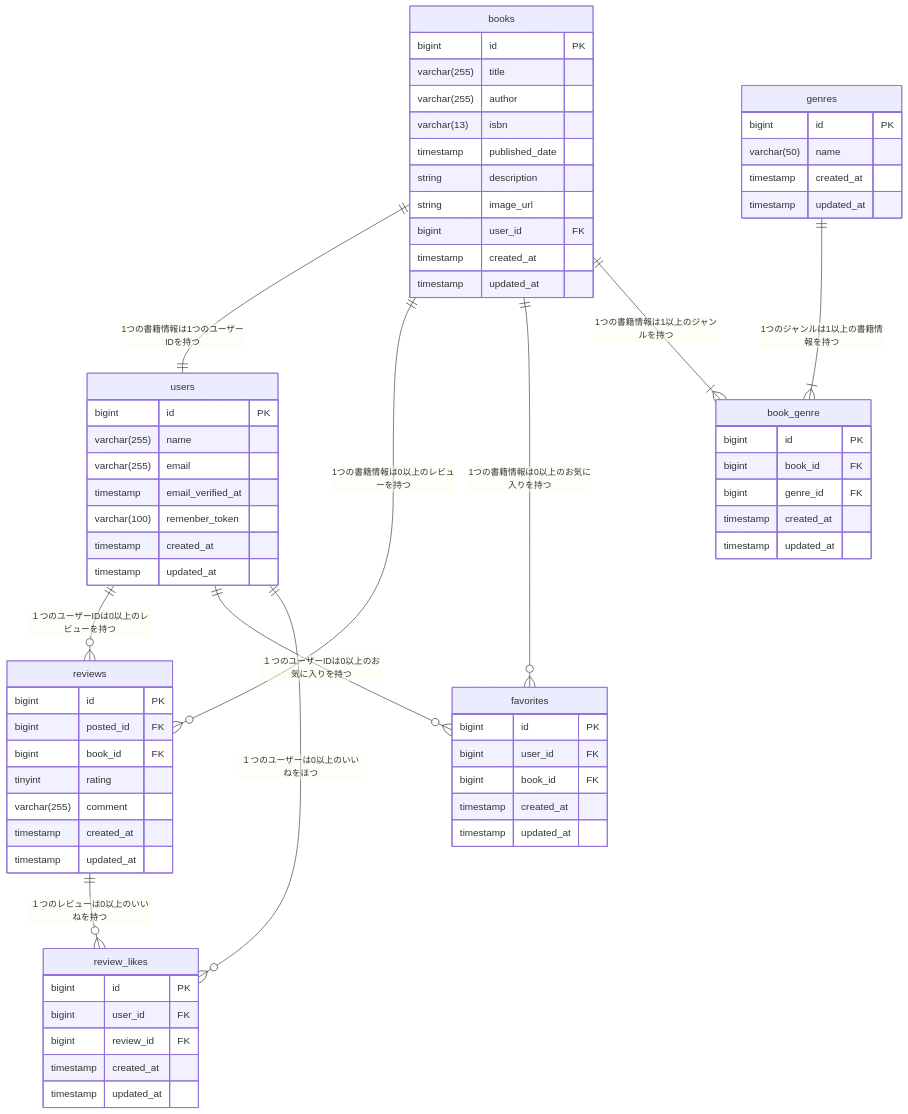
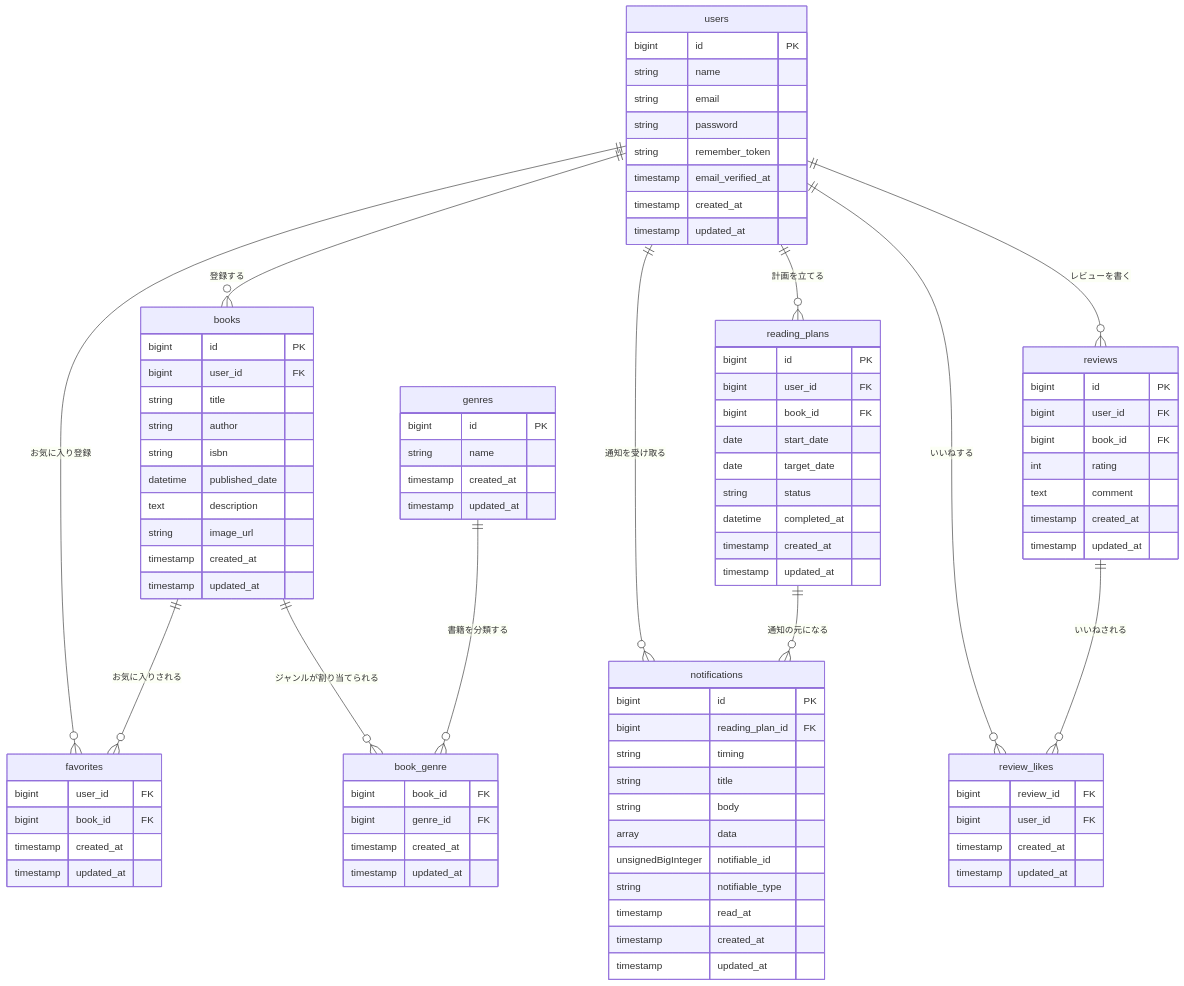
One commit to fm5889rx/BookShelf-app changed the diagram in README.md. Above: the diagram before and after it, drawn with Mermaid. The commit also changed other lines of this file and 128 other files, not shown here.

````diff
--- a/README.md
+++ b/README.md
@@ -105,77 +139,110 @@
 ```mermaid
 erDiagram
-  books ||--|| users : "1つの書籍情報は1つのユーザーIDを持つ"
-  books ||--o{ reviews : "1つの書籍情報は0以上のレビューを持つ"
-  books ||--o{ favorites : "1つの書籍情報は0以上のお気に入りを持つ"
-  books ||--|{ book_genre : "1つの書籍情報は1以上のジャンルを持つ"
-  genres ||--|{ book_genre : "1つのジャンルは1以上の書籍情報を持つ"
-  users ||--o{ reviews : "１つのユーザーIDは0以上のレビューを持つ"
-  users ||--o{ favorites : "１つのユーザーIDは0以上のお気に入りを持つ"
-  users ||--o{ review_likes : "１つのユーザーは0以上のいいねをほつ"
-  reviews ||--o{ review_likes : "１つのレビューは0以上のいいねを持つ"
+    users ||--o{ books : "登録する"
+    users ||--o{ reading_plans : "計画を立てる"
+    users ||--o{ reviews : "レビューを書く"
+    users ||--o{ notifications : "通知を受け取る"
+    reading_plans ||--o{ notifications : "通知の元になる"
 
-  users {
-    bigint          id                  PK
-    varchar(255)    name
-    varchar(255)    email
-    timestamp       email_verified_at
-    varchar(100)    remenber_token
-    timestamp       created_at
-    timestamp       updated_at
-  }
+    %% 中間テーブル favorites のリンク接続
+    users ||--o{ favorites : "お気に入り登録"
+    books ||--o{ favorites : "お気に入りされる"
 
-  books {
-    bigint          id                  PK
-    varchar(255)    title
-    varchar(255)    author
-    varchar(13)     isbn
-    timestamp       published_date
-    string          description
-    string          image_url
-    bigint          user_id             FK
-    timestamp       created_at
-    timestamp       updated_at
-  }
+    %% 中間テーブル review_likes のリンク接続
+    users ||--o{ review_likes : "いいねする"
+    reviews ||--o{ review_likes : "いいねされる"
 
-  genres {
-    bigint          id                  PK
-    varchar(50)     name
-    timestamp       created_at
-    timestamp       updated_at
-  }
+    %% 中間テーブル book_genre のリンク接続
+    books ||--o{ book_genre : "ジャンルが割り当てられる"
+    genres ||--o{ book_genre : "書籍を分類する"
 
-  reviews {
-    bigint          id                  PK
-    bigint          posted_id           FK
-    bigint          book_id             FK
-    tinyint         rating
-    varchar(255)    comment
-    timestamp       created_at
-    timestamp       updated_at
-  }
 
-  book_genre {
-    bigint          id                  PK
-    bigint          book_id             FK
-    bigint          genre_id            FK
-    timestamp       created_at
-    timestamp       updated_at
-  }
+    users {
+        bigint id PK
+        string name
+        string email
+        string password
+        string remember_token
+        timestamp email_verified_at
+        timestamp created_at
+        timestamp updated_at
+    }
 
-  favorites {
-    bigint          id                  PK
-    bigint          user_id             FK
-    bigint          book_id             FK
-    timestamp       created_at
-    timestamp       updated_at
-  }
+    books {
+        bigint id PK
+        bigint user_id FK
+        string title
+        string author
+        string isbn
+        datetime published_date
+        text description
+        string image_url
+        timestamp created_at
+        timestamp updated_at
+    }
 
-  review_likes {
-    bigint          id                  PK
-    bigint          user_id             FK
-    bigint          review_id           FK
-    timestamp       created_at
-    timestamp       updated_at
-  }
+    genres {
+        bigint id PK
+        string name
+        timestamp created_at
+        timestamp updated_at
+    }
+
+    book_genre {
+        bigint book_id FK
+        bigint genre_id FK
+        timestamp created_at
+        timestamp updated_at
+    }
+
+    favorites {
+        bigint user_id FK
+        bigint book_id FK
+        timestamp created_at
+        timestamp updated_at
+    }
+
+    reading_plans {
+        bigint id PK
+        bigint user_id FK
+        bigint book_id FK
+        date start_date
+        date target_date
+        string status
+        datetime completed_at
+        timestamp created_at
+        timestamp updated_at
+    }
+
+    reviews {
+        bigint id PK
+        bigint user_id FK
+        bigint book_id FK
+        int rating
+        text comment
+        timestamp created_at
+        timestamp updated_at
+    }
+
+    review_likes {
+        bigint review_id FK
+        bigint user_id FK
+        timestamp created_at
+        timestamp updated_at
+    }
+
+    notifications {
+        bigint id PK
+        bigint reading_plan_id FK
+        string timing
+        string title
+        string body
+        array data
+        unsignedBigInteger notifiable_id
+        string notifiable_type
+        timestamp read_at
+        timestamp created_at
+        timestamp updated_at
+    }
 
 ```
````
